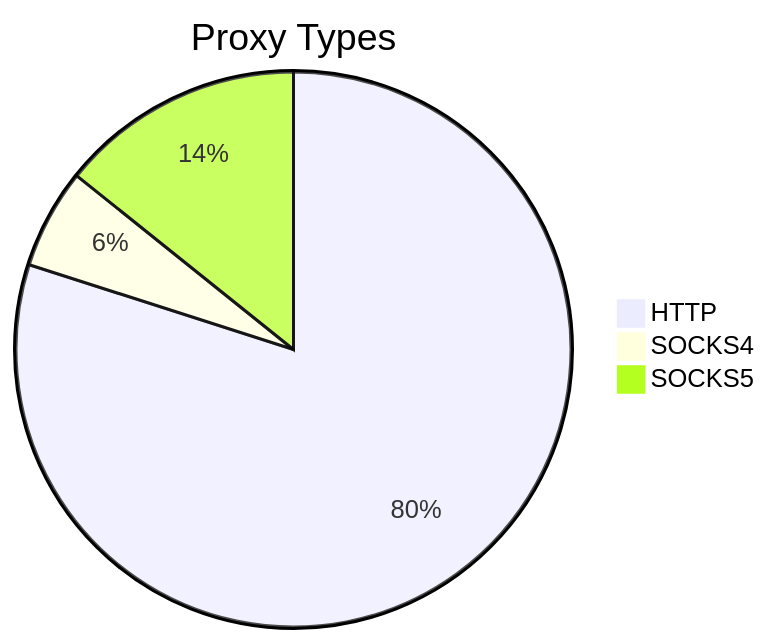
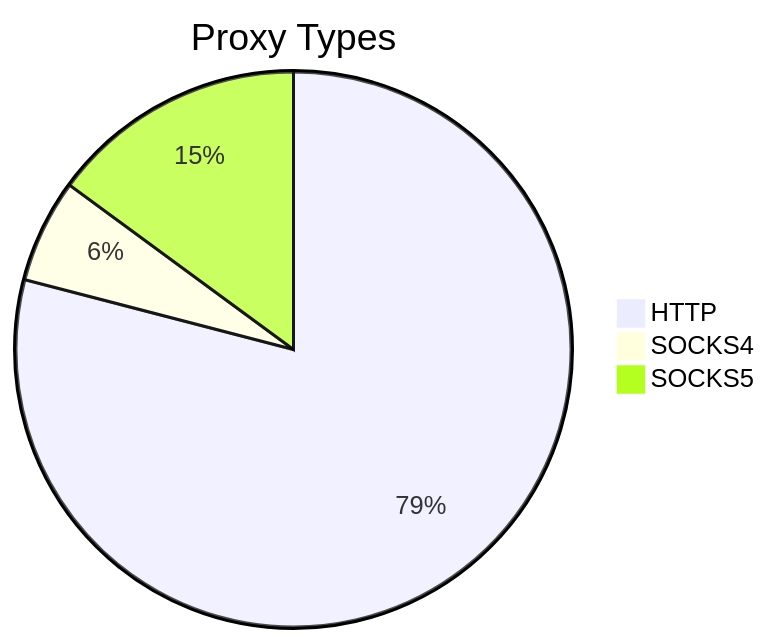
One commit to stormsia/proxy-list changed the first of 2 diagrams in README.md. Above: the diagram before and after it, drawn with Mermaid. The commit also changed other lines of this file, not shown here.

````diff
--- a/README.md
+++ b/README.md
@@ -21,6 +21,6 @@
 ```mermaid
 pie title Proxy Types
-    "HTTP" : 275
-    "SOCKS4" : 20
-    "SOCKS5" : 49
+    "HTTP" : 249
+    "SOCKS4" : 19
+    "SOCKS5" : 47
 ```
````
